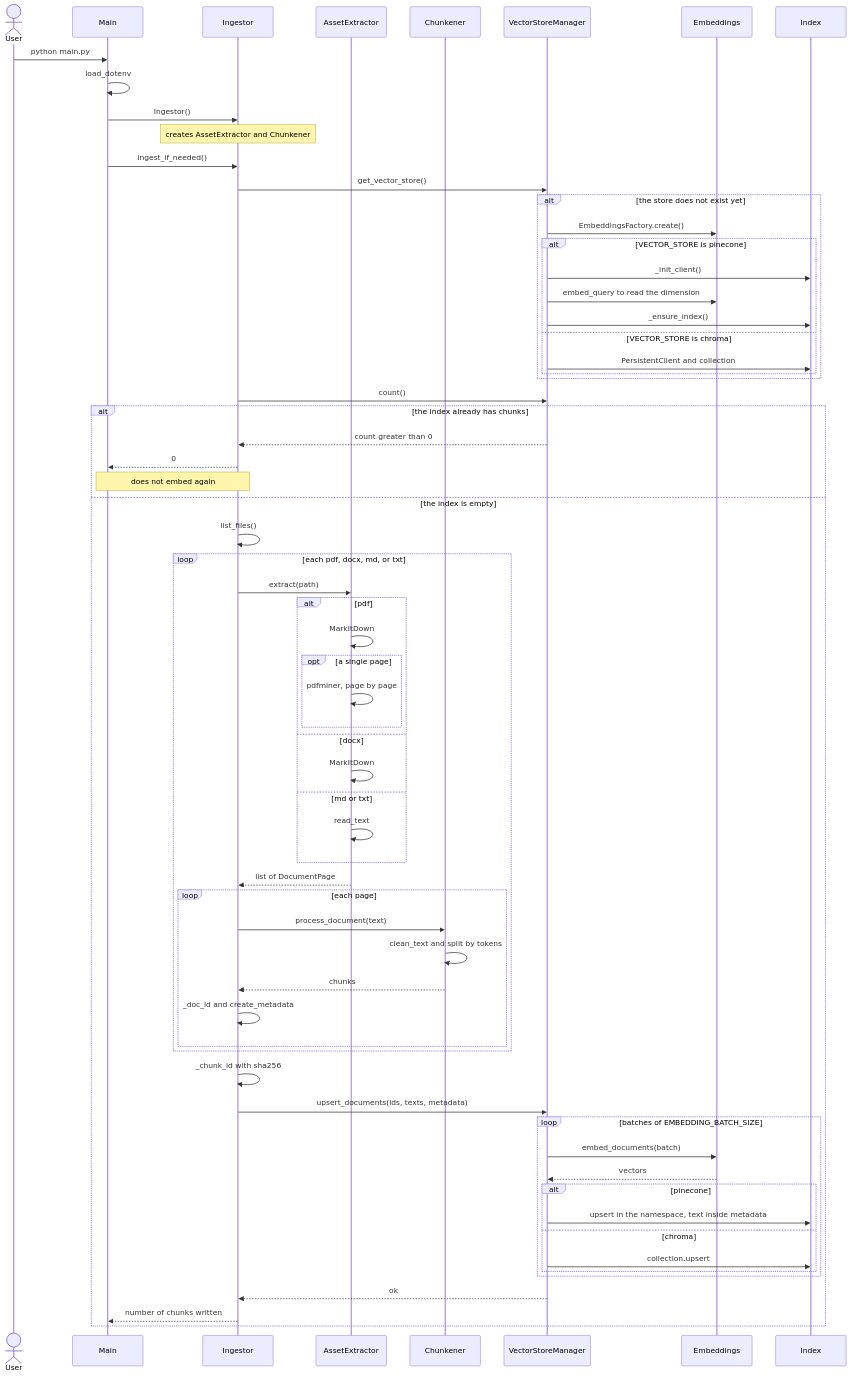
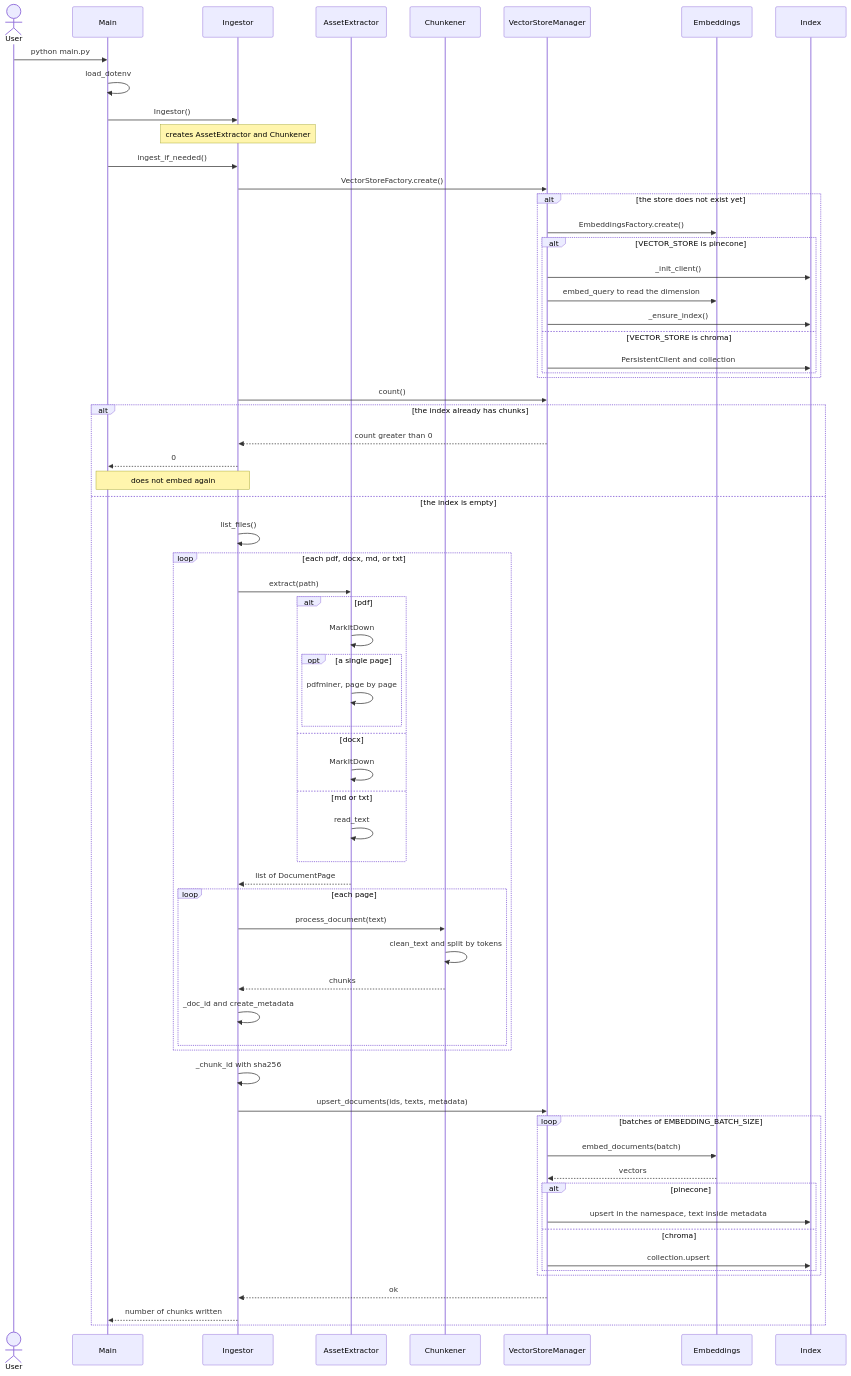
One commit to zmaximo1990/AI-Engineering-Delivery-4 changed the diagram in diagrams/ingestion.mermaid. Above: the diagram before and after it, drawn with Mermaid. The commit also changed 6 other files, not shown here.

Commit message:
Move 'get_vector_store' to a factory

```diff
--- a/diagrams/ingestion.mermaid
+++ b/diagrams/ingestion.mermaid
@@ -1,70 +1,70 @@
 sequenceDiagram
     actor User
     participant Main
     participant Ingestor
     participant Extractor as AssetExtractor
     participant Chunkener
     participant Store as VectorStoreManager
     participant Embeddings
     participant Index
 
     User->>Main: python main.py
     Main->>Main: load_dotenv
     Main->>Ingestor: Ingestor()
     Note over Ingestor: creates AssetExtractor and Chunkener
     Main->>Ingestor: ingest_if_needed()
-    Ingestor->>Store: get_vector_store()
+    Ingestor->>Store: VectorStoreFactory.create()
 
     alt the store does not exist yet
         Store->>Embeddings: EmbeddingsFactory.create()
         alt VECTOR_STORE is pinecone
             Store->>Index: _init_client()
             Store->>Embeddings: embed_query to read the dimension
             Store->>Index: _ensure_index()
         else VECTOR_STORE is chroma
             Store->>Index: PersistentClient and collection
         end
     end
 
     Ingestor->>Store: count()
 
     alt the index already has chunks
         Store-->>Ingestor: count greater than 0
         Ingestor-->>Main: 0
         Note over Ingestor,Main: does not embed again
     else the index is empty
         Ingestor->>Ingestor: list_files()
         loop each pdf, docx, md, or txt
             Ingestor->>Extractor: extract(path)
             alt pdf
                 Extractor->>Extractor: MarkItDown
                 opt a single page
                     Extractor->>Extractor: pdfminer, page by page
                 end
             else docx
                 Extractor->>Extractor: MarkItDown
             else md or txt
                 Extractor->>Extractor: read_text
             end
             Extractor-->>Ingestor: list of DocumentPage
             loop each page
                 Ingestor->>Chunkener: process_document(text)
                 Chunkener->>Chunkener: clean_text and split by tokens
                 Chunkener-->>Ingestor: chunks
                 Ingestor->>Ingestor: _doc_id and create_metadata
             end
         end
         Ingestor->>Ingestor: _chunk_id with sha256
         Ingestor->>Store: upsert_documents(ids, texts, metadata)
         loop batches of EMBEDDING_BATCH_SIZE
             Store->>Embeddings: embed_documents(batch)
             Embeddings-->>Store: vectors
             alt pinecone
                 Store->>Index: upsert in the namespace, text inside metadata
             else chroma
                 Store->>Index: collection.upsert
             end
         end
         Store-->>Ingestor: ok
         Ingestor-->>Main: number of chunks written
     end
```
